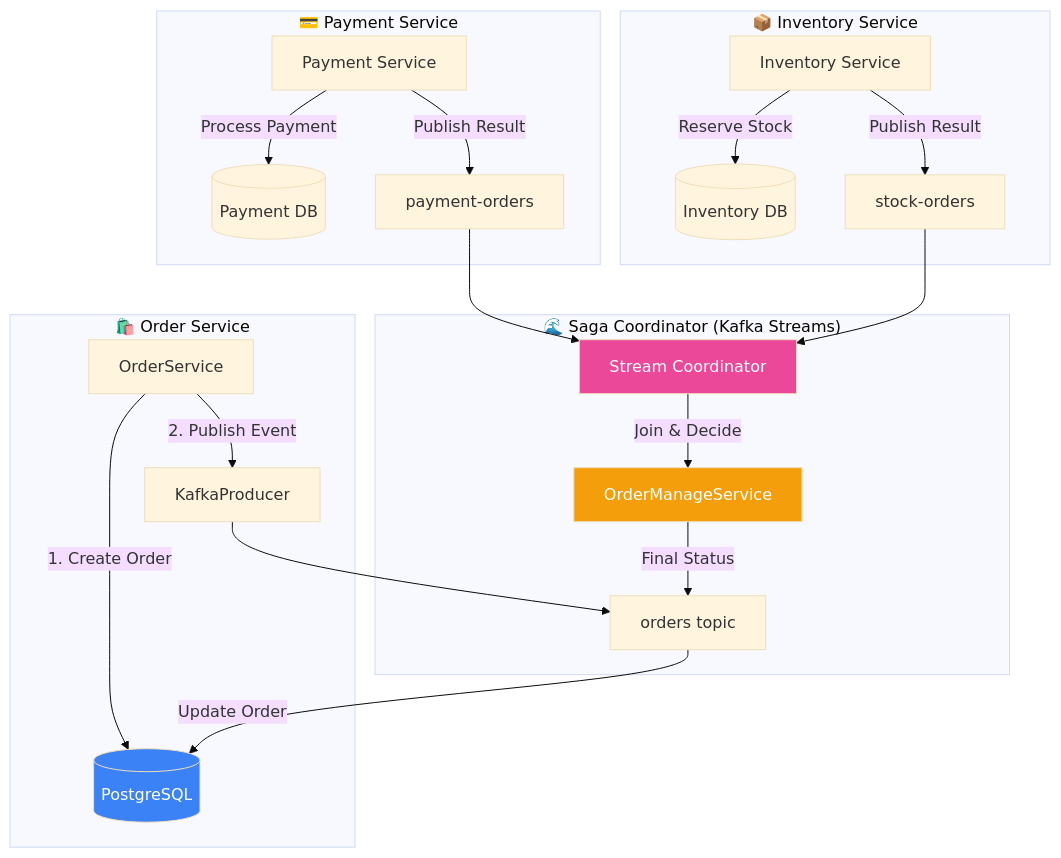
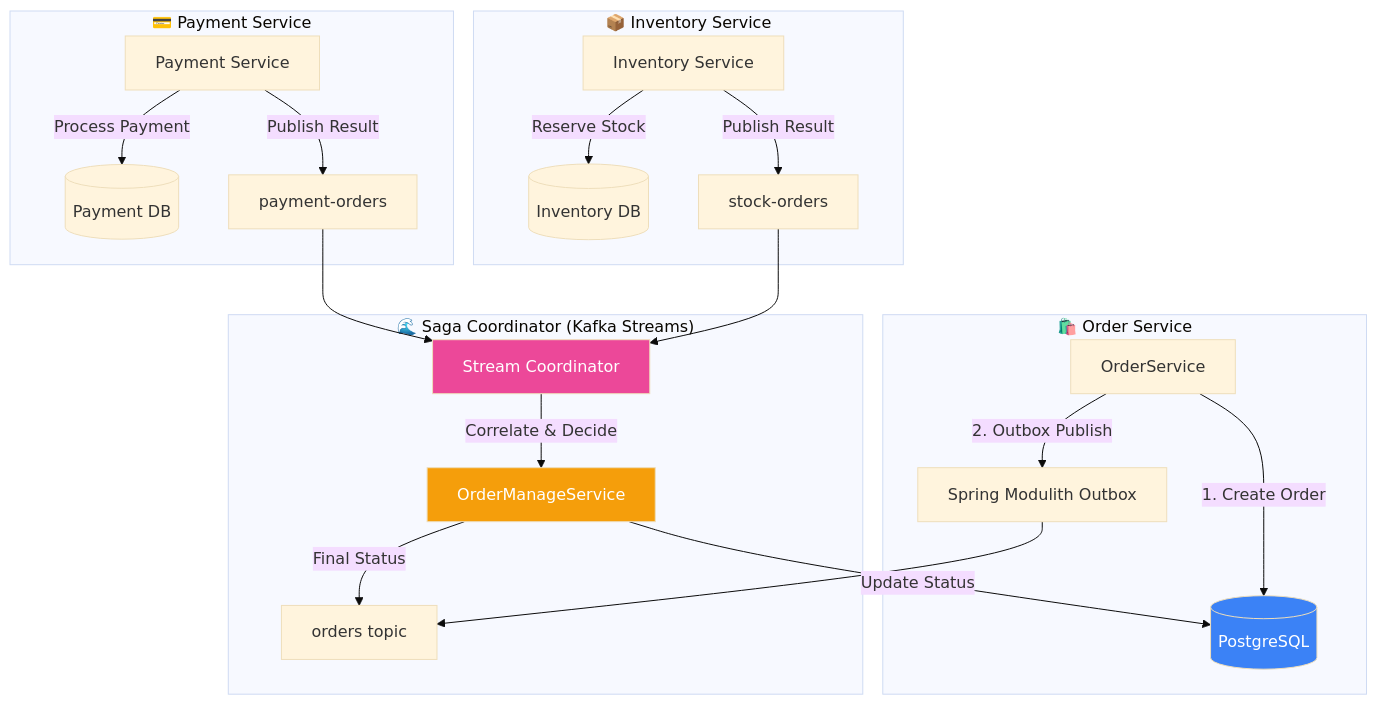
Before and after one commit to rajadilipkolli/spring-boot-microservices-series-v2: the first of 3 diagrams in order-service/docs/02-Distributed-Transaction-Management.md, drawn with Mermaid (base theme). The commit also changed other lines of this file and 51 other files, not shown here.

````diff
--- a/order-service/docs/02-Distributed-Transaction-Management.md
+++ b/order-service/docs/02-Distributed-Transaction-Management.md
@@ -8,31 +8,31 @@
 ```mermaid
 graph TB
     subgraph "🛍️ Order Service"
         OS[OrderService] --> |"1. Create Order"| DB[(PostgreSQL)]
-        OS --> |"2. Publish Event"| KP[KafkaProducer]
+        OS --> |"2. Outbox Publish"| EEC[Spring Modulith Outbox]
     end
     
     subgraph "💳 Payment Service"
         PS[Payment Service] --> |"Process Payment"| PDB[(Payment DB)]
         PS --> |"Publish Result"| POT[payment-orders]
     end
     
     subgraph "📦 Inventory Service"
         IS[Inventory Service] --> |"Reserve Stock"| IDB[(Inventory DB)]
         IS --> |"Publish Result"| SOT[stock-orders]
     end
     
     subgraph "🌊 Saga Coordinator (Kafka Streams)"
         POT --> SC[Stream Coordinator]
         SOT --> SC
-        SC --> |"Join & Decide"| OMS[OrderManageService]
+        SC --> |"Correlate & Decide"| OMS[OrderManageService]
+        OMS --> |"Update Status"| DB
         OMS --> |"Final Status"| OT[orders topic]
-        OT --> |"Update Order"| DB
     end
     
-    KP --> OT
+    EEC --> OT
     
     style SC fill:#ec4899,color:#ffffff
     style OMS fill:#f59e0b,color:#ffffff
     style DB fill:#3b82f6,color:#ffffff
 ```
````
